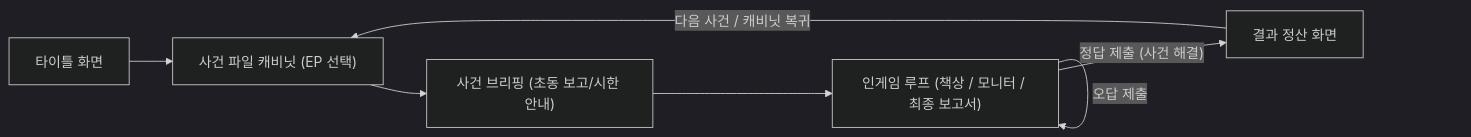
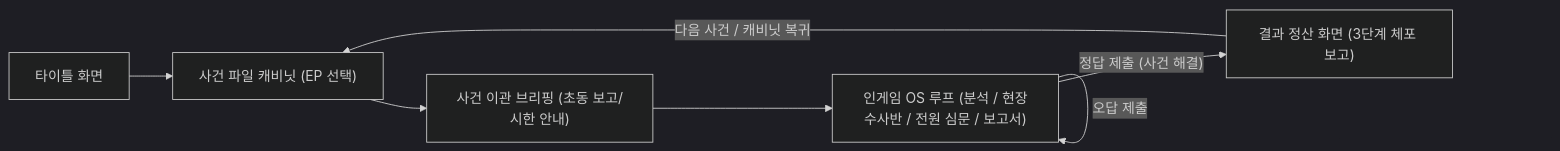
The diagram in .agents/03_SYSTEM_UX_SPEC.md (LJS0817/detectiveGame), drawn with Mermaid (dark theme) before and after one commit. The commit also changed other lines of this file and 47 other files, not shown here.

````diff
--- a/.agents/03_SYSTEM_UX_SPEC.md
+++ b/.agents/03_SYSTEM_UX_SPEC.md
@@ -111,9 +115,9 @@
 ```mermaid
 flowchart LR
     A["타이틀 화면"] --> B["사건 파일 캐비닛 (EP 선택)"]
-    B --> C["사건 브리핑 (초동 보고/시한 안내)"]
-    C --> D["인게임 루프 (책상 / 모니터 / 최종 보고서)"]
+    B --> C["사건 이관 브리핑 (초동 보고/시한 안내)"]
+    C --> D["인게임 OS 루프 (분석 / 현장수사반 / 전원 심문 / 보고서)"]
     D -->|"오답 제출"| D
-    D -->|"정답 제출 (사건 해결)"| E["결과 정산 화면"]
+    D -->|"정답 제출 (사건 해결)"| E["결과 정산 화면 (3단계 체포 보고)"]
     E -->|"다음 사건 / 캐비닛 복귀"| B
 ```
````
